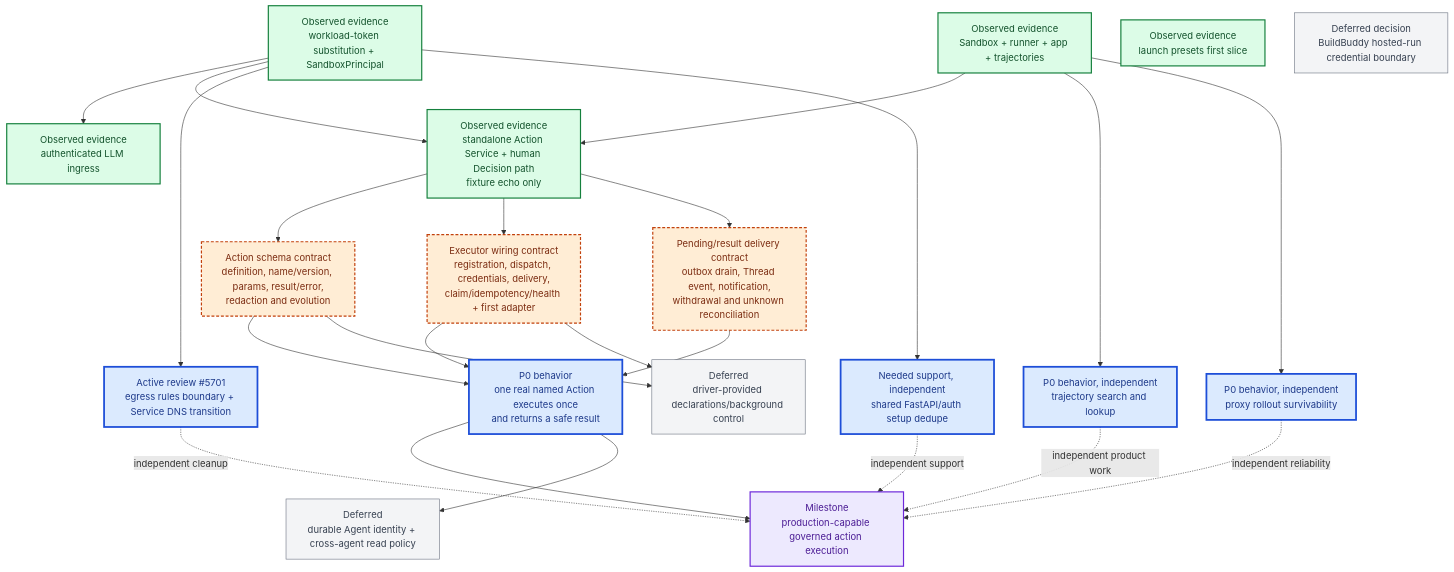
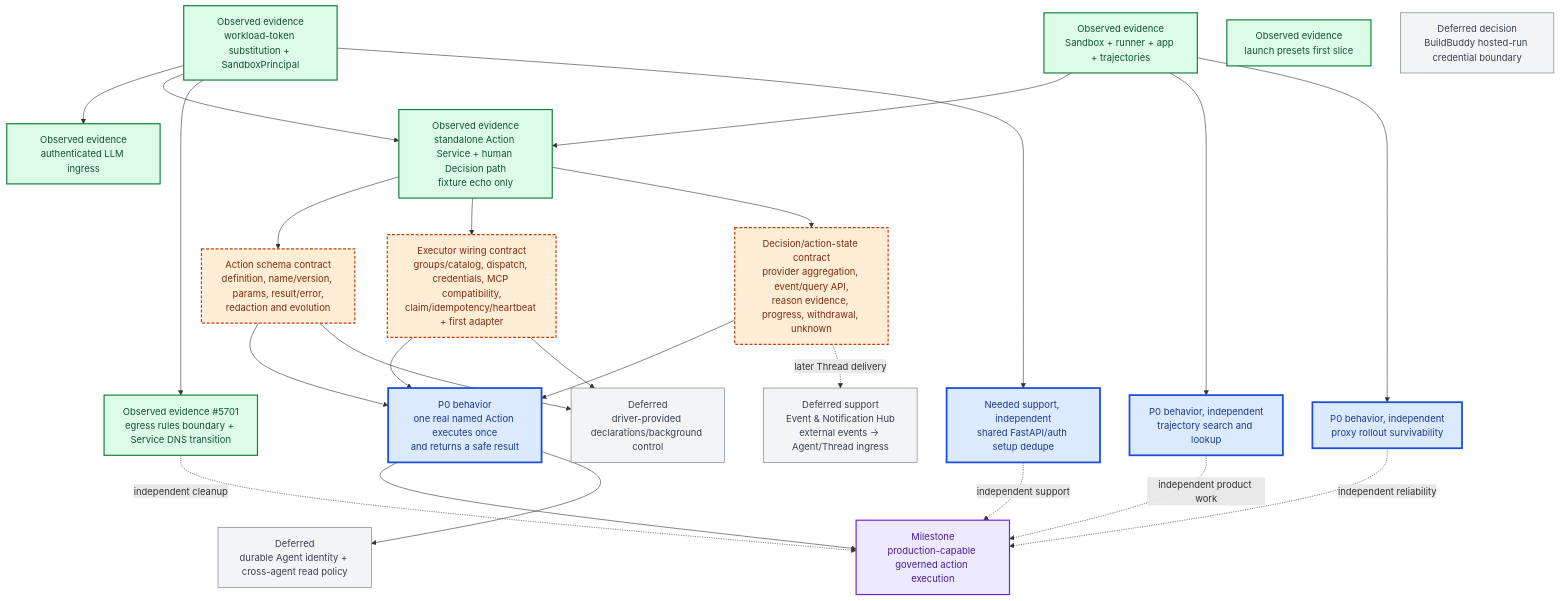
Before and after one commit to agentydragon/ducktape: the diagram in x/agentplane/plans/task_dag.md, drawn with Mermaid. The commit also changed other lines of this file and 2 other files, not shown here.

Commit message:
docs: capture Action Service MCP direction (#5721)

````diff
--- a/x/agentplane/plans/task_dag.md
+++ b/x/agentplane/plans/task_dag.md
@@ -57,53 +57,55 @@
 ```mermaid
 flowchart TB
     classDef completed fill:#dcfce7,stroke:#15803d,color:#14532d,stroke-width:2px
     classDef active fill:#dbeafe,stroke:#1d4ed8,color:#1e3a8a,stroke-width:3px
     classDef decision fill:#ffedd5,stroke:#c2410c,color:#7c2d12,stroke-width:2px,stroke-dasharray:5 3
     classDef future fill:#f3f4f6,stroke:#6b7280,color:#374151
     classDef milestone fill:#ede9fe,stroke:#6d28d9,color:#4c1d95,stroke-width:2px
 
     F0["Observed evidence<br/>Sandbox + runner + app + trajectories"]:::completed
     AUTH["Observed evidence<br/>workload-token substitution + SandboxPrincipal"]:::completed
     LLM["Observed evidence<br/>authenticated LLM ingress"]:::completed
     ACTION0["Observed evidence<br/>standalone Action Service + human Decision path<br/>fixture echo only"]:::completed
     PRESETS["Observed evidence<br/>launch presets first slice"]:::completed
 
     AS["Action schema contract<br/>definition, name/version, params, result/error,<br/>redaction and evolution"]:::decision
-    EW["Executor wiring contract<br/>registration, dispatch, credentials, delivery,<br/>claim/idempotency/health + first adapter"]:::decision
-    DEL["Pending/result delivery contract<br/>outbox drain, Thread event, notification,<br/>withdrawal and unknown reconciliation"]:::decision
+    EW["Executor wiring contract<br/>groups/catalog, dispatch, credentials, MCP compatibility,<br/>claim/idempotency/heartbeat + first adapter"]:::decision
+    DEL["Decision/action-state contract<br/>provider aggregation, event/query API,<br/>reason evidence, progress, withdrawal, unknown"]:::decision
     ACTION1["P0 behavior<br/>one real named Action executes once<br/>and returns a safe result"]:::active
 
-    ER["Active review #5701<br/>egress rules boundary + Service DNS transition"]:::active
+    ER["Observed evidence #5701<br/>egress rules boundary + Service DNS transition"]:::completed
     DEDUPE["Needed support, independent<br/>shared FastAPI/auth setup dedupe"]:::active
     T3["P0 behavior, independent<br/>trajectory search and lookup"]:::active
     PR["P0 behavior, independent<br/>proxy rollout survivability"]:::active
 
     BB["Deferred decision<br/>BuildBuddy hosted-run credential boundary"]:::future
+    ING["Deferred support<br/>Event & Notification Hub<br/>external events -> Agent/Thread ingress"]:::future
     DT["Deferred<br/>driver-provided declarations/background control"]:::future
     AG["Deferred<br/>durable Agent identity + cross-agent read policy"]:::future
     PROD["Milestone<br/>production-capable governed action execution"]:::milestone
 
     F0 --> ACTION0
     AUTH --> LLM
     AUTH --> ACTION0
     ACTION0 --> AS
     ACTION0 --> EW
     ACTION0 --> DEL
     AS --> ACTION1
     EW --> ACTION1
     DEL --> ACTION1
     ACTION1 --> PROD
+    DEL -. later Thread delivery .-> ING
 
     AUTH --> ER
     AUTH --> DEDUPE
     F0 --> T3
     F0 --> PR
     ER -. independent cleanup .-> PROD
     DEDUPE -. independent support .-> PROD
     T3 -. independent product work .-> PROD
     PR -. independent reliability .-> PROD
 
     AS --> DT
     EW --> DT
     ACTION1 --> AG
 ```
````
